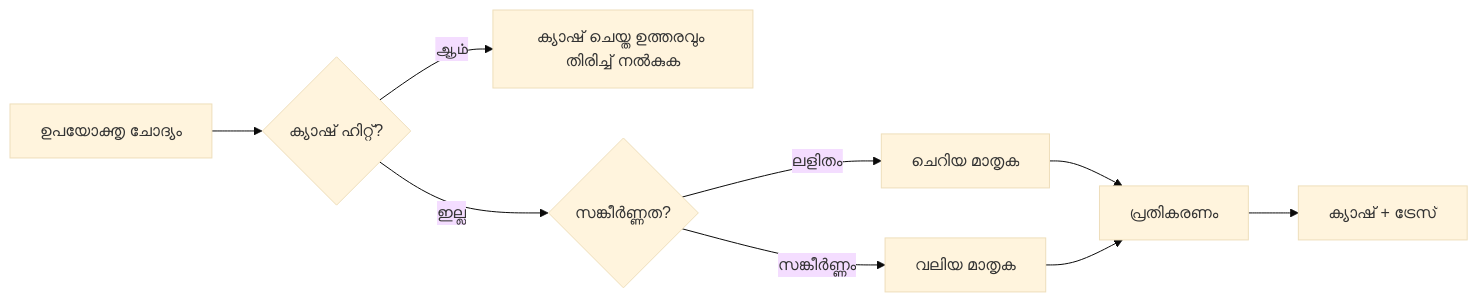
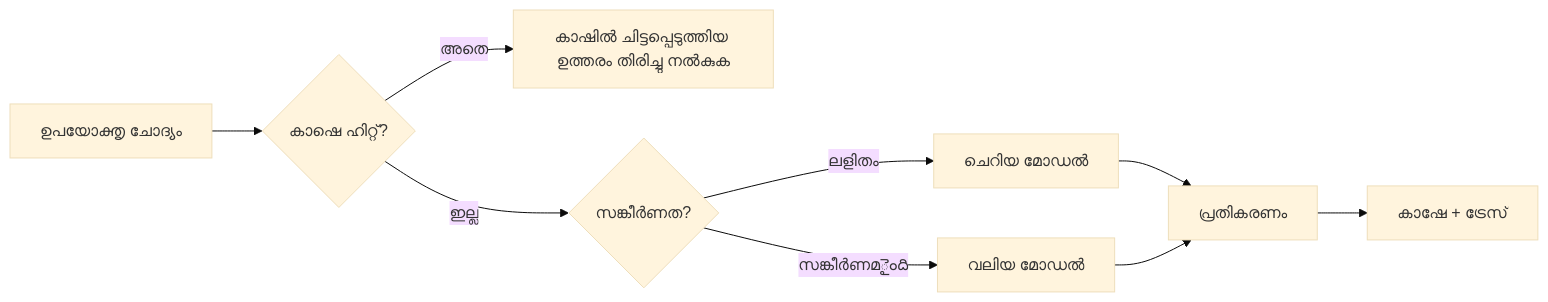
One commit to gabrielmoreira/agent-skills-mirror changed the third of 4 diagrams in mirrors/repos/microsoft@ai-agents-for-beginners/translations/ml/16-deploying-scalable-agents/README.md. Above: the diagram before and after it, drawn with Mermaid (base theme). The commit also changed other lines of this file and 4262 other files, not shown here.

````diff
--- a/mirrors/repos/microsoft@ai-agents-for-beginners/translations/ml/16-deploying-scalable-agents/README.md
+++ b/mirrors/repos/microsoft@ai-agents-for-beginners/translations/ml/16-deploying-scalable-agents/README.md
@@ -134,11 +134,11 @@
 ```mermaid
 flowchart LR
-    Q[ഉപയോക്തൃ ചോദ്യം] --> C{ക്യാഷ് ഹിറ്റ്?}
-    C -->|ஆம்| R[ക്യാഷ് ചെയ്ത ഉത്തരവും തിരിച്ച് നൽകുക]
-    C -->|ഇല്ല| Router{സങ്കീർണ്ണത?}
-    Router -->|ലളിതം| SLM[ചെറിയ മാതൃക]
-    Router -->|സങ്കീർണ്ണം| LLM[വലിയ മാതൃക]
+    Q[ഉപയോക്തൃ ചോദ്യം] --> C{കാഷെ ഹിറ്റ്?}
+    C -->|അതെ| R[കാഷിൽ ചിട്ടപ്പെടുത്തിയ ഉത്തരം തിരിച്ചു നൽകുക]
+    C -->|ഇല്ല| Router{സങ്കീർണത?}
+    Router -->|ലളിതം| SLM[ചെറിയ മോഡൽ]
+    Router -->|സങ്കീർണമైంది| LLM[വലിയ മോഡൽ]
     SLM --> Out[പ്രതികരണം]
     LLM --> Out
-    Out --> Store[ക്യാഷ് + ട്രേസ്]
+    Out --> Store[കാഷേ + ട്രേസ്]
 ```
````
